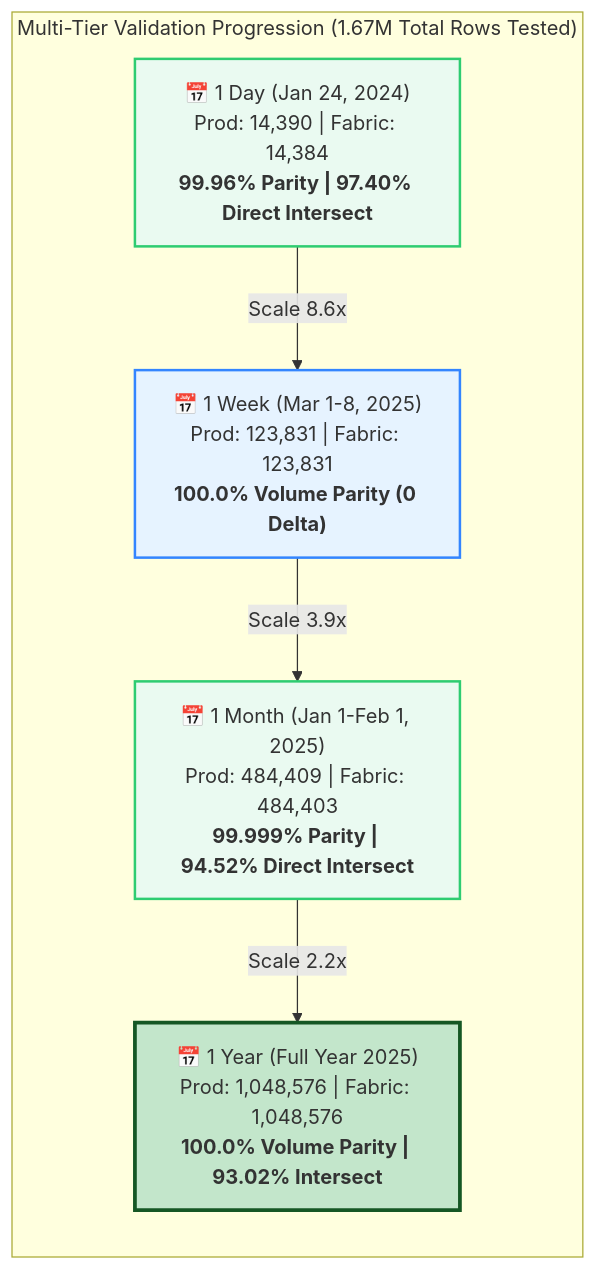
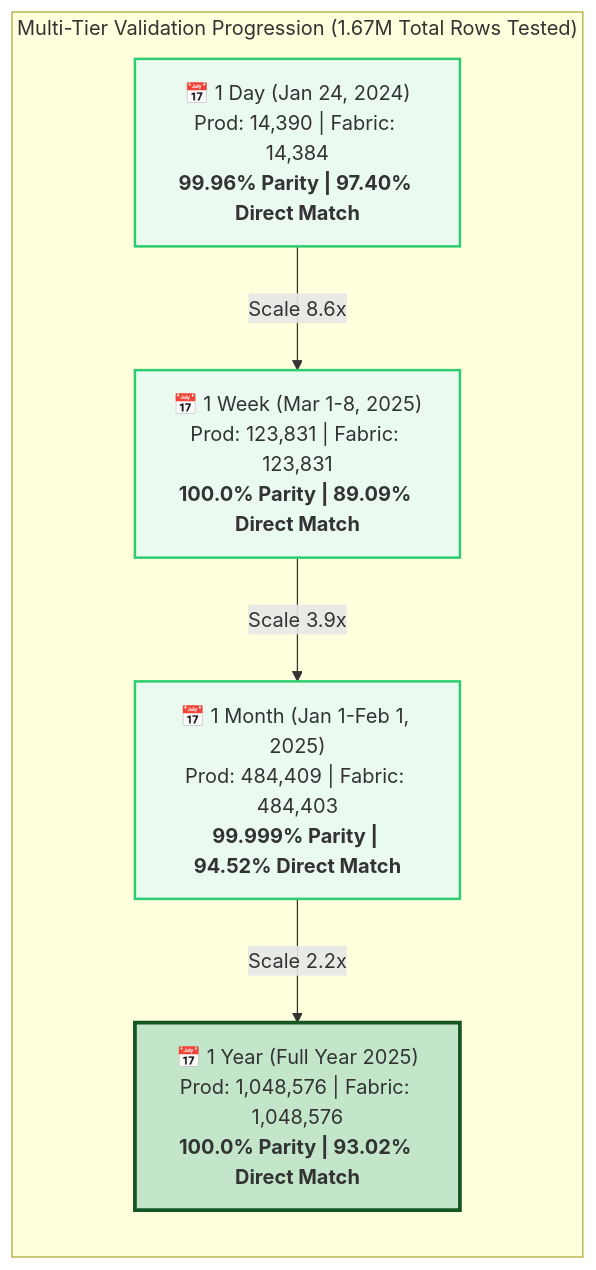
The second of 3 diagrams in Phase1_NewView(EQUIHIS4)/Reports/report_NewView.md (NeelmaniR-Useready/PolarDocs), drawn with Mermaid before and after one commit. The commit also changed other lines of this file and 1 other file, not shown here.

Commit message:
docs(validation): update 1-week validation metrics and executive report with latest benchmark rerun

````diff
--- a/Phase1_NewView(EQUIHIS4)/Reports/report_NewView.md
+++ b/Phase1_NewView(EQUIHIS4)/Reports/report_NewView.md
@@ -46,18 +46,18 @@
 ```mermaid
 graph LR
     subgraph MultiScale ["Multi-Tier Validation Progression (1.67M Total Rows Tested)"]
-        T1["📅 1 Day (Jan 24, 2024)<br/>Prod: 14,390 | Fabric: 14,384<br/><b>99.96% Parity | 97.40% Direct Intersect</b>"]
-        T2["📅 1 Week (Mar 1-8, 2025)<br/>Prod: 123,831 | Fabric: 123,831<br/><b>100.0% Volume Parity (0 Delta)</b>"]
-        T3["📅 1 Month (Jan 1-Feb 1, 2025)<br/>Prod: 484,409 | Fabric: 484,403<br/><b>99.999% Parity | 94.52% Direct Intersect</b>"]
-        T4["📅 1 Year (Full Year 2025)<br/>Prod: 1,048,576 | Fabric: 1,048,576<br/><b>100.0% Volume Parity | 93.02% Intersect</b>"]
+        T1["📅 1 Day (Jan 24, 2024)<br/>Prod: 14,390 | Fabric: 14,384<br/><b>99.96% Parity | 97.40% Direct Match</b>"]
+        T2["📅 1 Week (Mar 1-8, 2025)<br/>Prod: 123,831 | Fabric: 123,831<br/><b>100.0% Parity | 89.09% Direct Match</b>"]
+        T3["📅 1 Month (Jan 1-Feb 1, 2025)<br/>Prod: 484,409 | Fabric: 484,403<br/><b>99.999% Parity | 94.52% Direct Match</b>"]
+        T4["📅 1 Year (Full Year 2025)<br/>Prod: 1,048,576 | Fabric: 1,048,576<br/><b>100.0% Parity | 93.02% Direct Match</b>"]
 
         T1 -->|"Scale 8.6x"| T2
         T2 -->|"Scale 3.9x"| T3
         T3 -->|"Scale 2.2x"| T4
     end
 
     style T1 fill:#eafaf1,stroke:#2ecc71,stroke-width:2px
-    style T2 fill:#e6f3ff,stroke:#3385ff,stroke-width:2px
+    style T2 fill:#eafaf1,stroke:#2ecc71,stroke-width:2px
     style T3 fill:#eafaf1,stroke:#2ecc71,stroke-width:2px
     style T4 fill:#c3e6cb,stroke:#155724,stroke-width:3px
 ```
````
